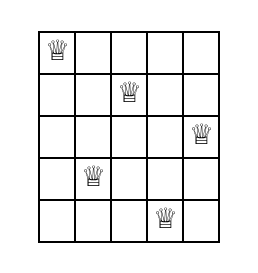
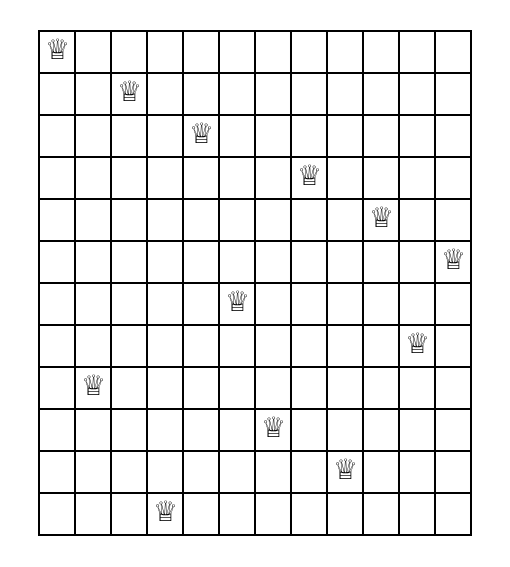
Before and after one commit to CSUNSA1704250/parallel-nqueens-problem-tim: the diagram in graph.dot, drawn with Graphviz. The commit also changed 4 other files, not shown here.

```diff
--- a/graph.dot
+++ b/graph.dot
@@ -1,1 +1,1 @@
-digraph D { node [shape=plaintext] some_node [<label>=<<table border="0" cellborder="1" cellspacing="0"><tr><td>&#9813;</td><td></td><td></td><td></td><td></td></tr><tr><td></td><td></td><td>&#9813;</td><td></td><td></td></tr><tr><td></td><td></td><td></td><td></td><td>&#9813;</td></tr><tr><td></td><td>&#9813;</td><td></td><td></td><td></td></tr><tr><td></td><td></td><td></td><td>&#9813;</td><td></td></tr></table>>]; }
+digraph D { node [shape=plaintext] some_node [<label>=<<table border="0" cellborder="1" cellspacing="0"><tr><td>&#9813;</td><td></td><td></td><td></td><td></td><td></td><td></td><td></td><td></td><td></td><td></td><td></td></tr><tr><td></td><td></td><td>&#9813;</td><td></td><td></td><td></td><td></td><td></td><td></td><td></td><td></td><td></td></tr><tr><td></td><td></td><td></td><td></td><td>&#9813;</td><td></td><td></td><td></td><td></td><td></td><td></td><td></td></tr><tr><td></td><td></td><td></td><td></td><td></td><td></td><td></td><td>&#9813;</td><td></td><td></td><td></td><td></td></tr><tr><td></td><td></td><td></td><td></td><td></td><td></td><td></td><td></td><td></td><td>&#9813;</td><td></td><td></td></tr><tr><td></td><td></td><td></td><td></td><td></td><td></td><td></td><td></td><td></td><td></td><td></td><td>&#9813;</td></tr><tr><td></td><td></td><td></td><td></td><td></td><td>&#9813;</td><td></td><td></td><td></td><td></td><td></td><td></td></tr><tr><td></td><td></td><td></td><td></td><td></td><td></td><td></td><td></td><td></td><td></td><td>&#9813;</td><td></td></tr><tr><td></td><td>&#9813;</td><td></td><td></td><td></td><td></td><td></td><td></td><td></td><td></td><td></td><td></td></tr><tr><td></td><td></td><td></td><td></td><td></td><td></td><td>&#9813;</td><td></td><td></td><td></td><td></td><td></td></tr><tr><td></td><td></td><td></td><td></td><td></td><td></td><td></td><td></td><td>&#9813;</td><td></td><td></td><td></td></tr><tr><td></td><td></td><td></td><td>&#9813;</td><td></td><td></td><td></td><td></td><td></td><td></td><td></td><td></td></tr></table>>]; }
```
